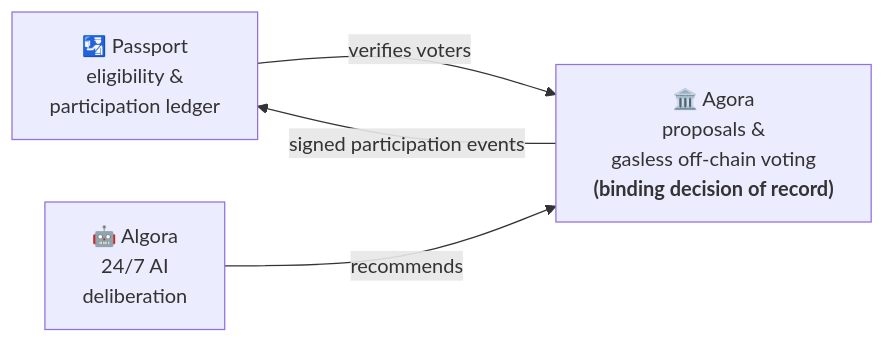
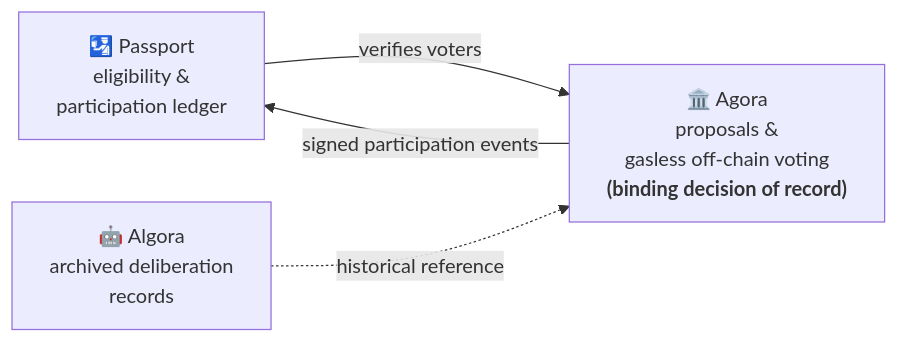
Before and after one commit to MosslandOpenDevs/Agora: the diagram in README.md, drawn with Mermaid. The commit also changed other lines of this file, not shown here.

````diff
--- a/README.md
+++ b/README.md
@@ -32,9 +37,9 @@
 ```mermaid
 flowchart LR
     P["🛂 Passport<br/>eligibility &<br/>participation ledger"]
     A["🏛️ Agora<br/>proposals &<br/>gasless off-chain voting<br/><b>(binding decision of record)</b>"]
-    AL["🤖 Algora<br/>24/7 AI<br/>deliberation"]
+    AL["🤖 Algora<br/>archived deliberation<br/>records"]
     P -- "verifies voters" --> A
-    AL -- "recommends" --> A
+    AL -. "historical reference" .-> A
     A -- "signed participation events" --> P
 ```
````
